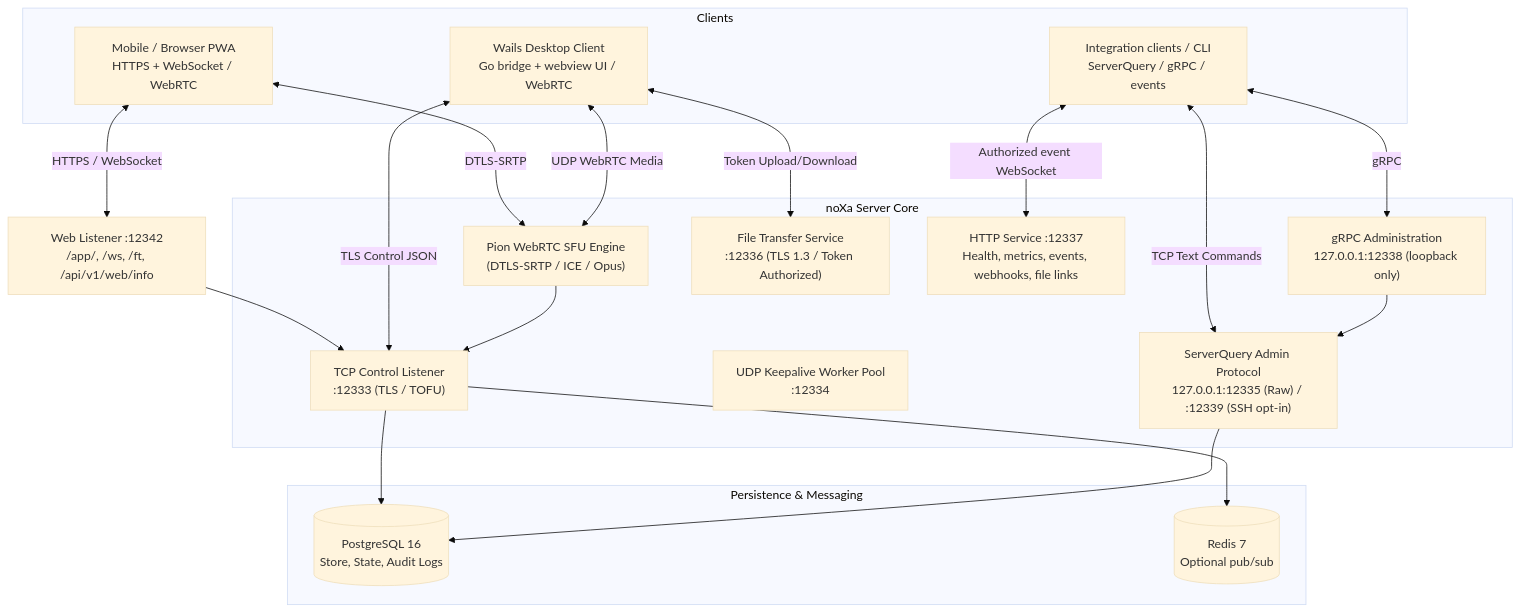
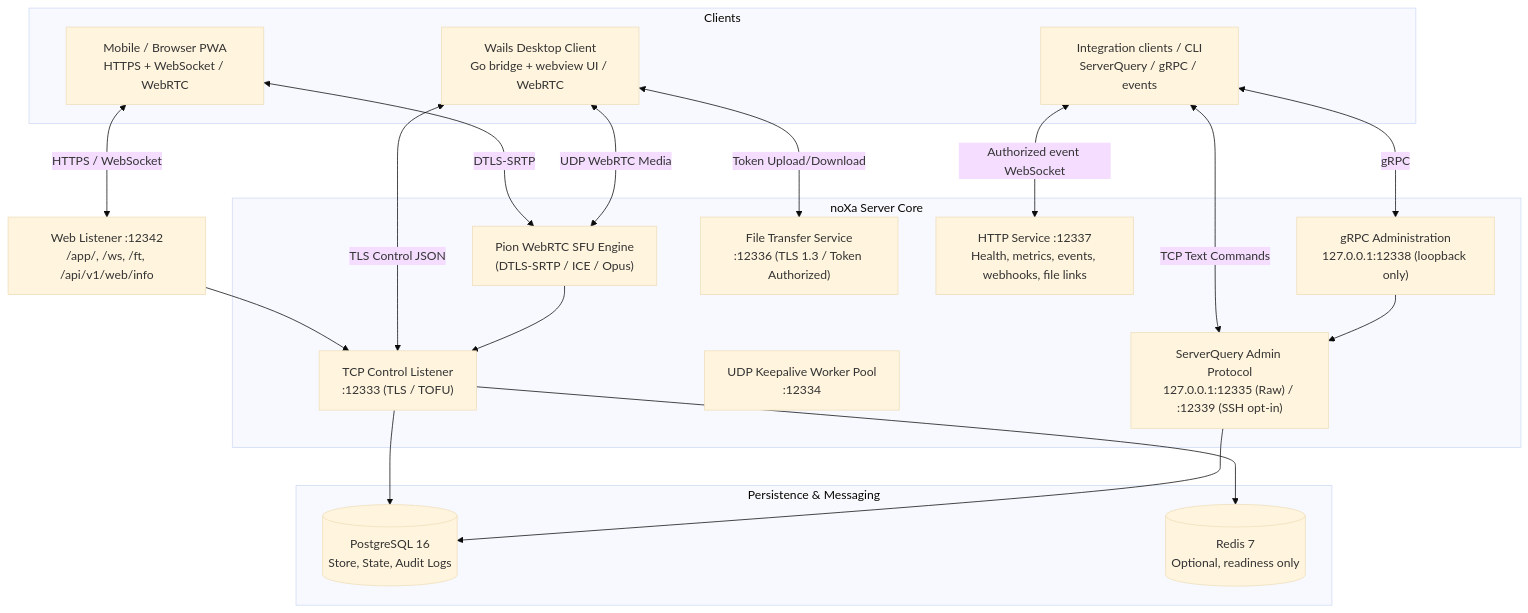
The diagram in README.md (arumes31/noxa), drawn with Mermaid (base theme) before and after one commit. The commit also changed other lines of this file and 33 other files, not shown here.

````diff
--- a/README.md
+++ b/README.md
@@ -296,39 +296,39 @@
 ```mermaid
 graph TD
     subgraph Clients["Clients"]
         Wails["Wails Desktop Client\nGo bridge + webview UI / WebRTC"]
         PWA["Mobile / Browser PWA\nHTTPS + WebSocket / WebRTC"]
         Bot["Integration clients / CLI\nServerQuery / gRPC / events"]
     end
 
     subgraph CoreServer["noXa Server Core"]
         Control["TCP Control Listener\n:12333 (TLS / TOFU)"]
         Keepalive["UDP Keepalive Worker Pool\n:12334"]
         WebRTC["Pion WebRTC SFU Engine\n(DTLS-SRTP / ICE / Opus)"]
         Query["ServerQuery Admin Protocol\n127.0.0.1:12335 (Raw) / :12339 (SSH opt-in)"]
         GRPC["gRPC Administration\n127.0.0.1:12338 (loopback only)"]
         FileXfer["File Transfer Service\n:12336 (TLS 1.3 / Token Authorized)"]
         Health["HTTP Service :12337\nHealth, metrics, events, webhooks, file links"]
     end
 
     subgraph DataStore["Persistence & Messaging"]
         Postgres[(PostgreSQL 16\nStore, State, Audit Logs)]
-        Redis[(Redis 7\nOptional pub/sub)]
+        Redis[(Redis 7\nOptional, readiness only)]
     end
 
     PWA <-->|HTTPS / WebSocket| Web["Web Listener :12342\n/app/, /ws, /ft, /api/v1/web/info"]
     Web --> Control
     PWA <-->|DTLS-SRTP| WebRTC
     Wails <-->|TLS Control JSON| Control
     Wails <-->|UDP WebRTC Media| WebRTC
     Bot <-->|TCP Text Commands| Query
     Bot <-->|gRPC| GRPC
     Bot <-->|Authorized event WebSocket| Health
     Wails <-->|Token Upload/Download| FileXfer
 
     Control --> Postgres
     Control --> Redis
     Query --> Postgres
     GRPC --> Query
     WebRTC --> Control
 ```
````
